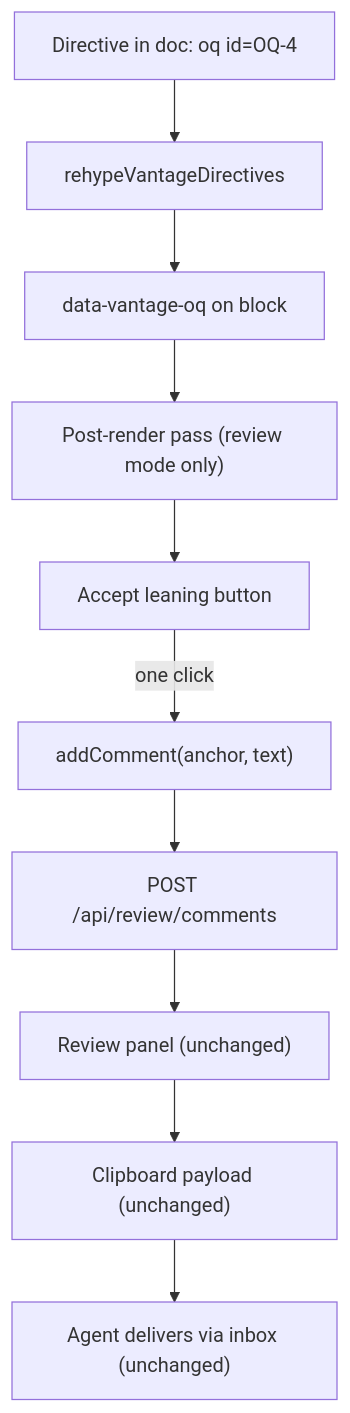
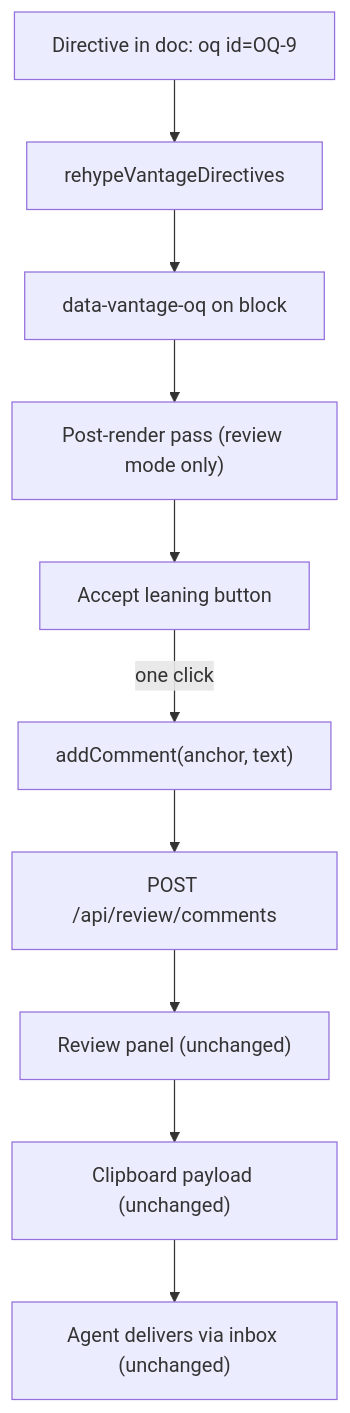
The diagram in docs/design/inline-markup.md (mschulkind-oss/vantage), drawn with Mermaid before and after one commit. The commit also changed other lines of this file, not shown here.

````diff
--- a/docs/design/inline-markup.md
+++ b/docs/design/inline-markup.md
@@ -424,12 +424,12 @@
 ```mermaid
 flowchart TD
-    dir["Directive in doc: oq id=OQ-4"] --> plug["rehypeVantageDirectives"]
+    dir["Directive in doc: oq id=OQ-9"] --> plug["rehypeVantageDirectives"]
     plug --> attr["data-vantage-oq on block"]
     attr --> hook["Post-render pass (review mode only)"]
     hook --> btn["Accept leaning button"]
     btn -->|"one click"| add["addComment(anchor, text)"]
     add --> cmd["POST /api/review/comments"]
     cmd --> panel["Review panel (unchanged)"]
     panel --> clip["Clipboard payload (unchanged)"]
     clip --> inbox["Agent delivers via inbox (unchanged)"]
 ```
````
